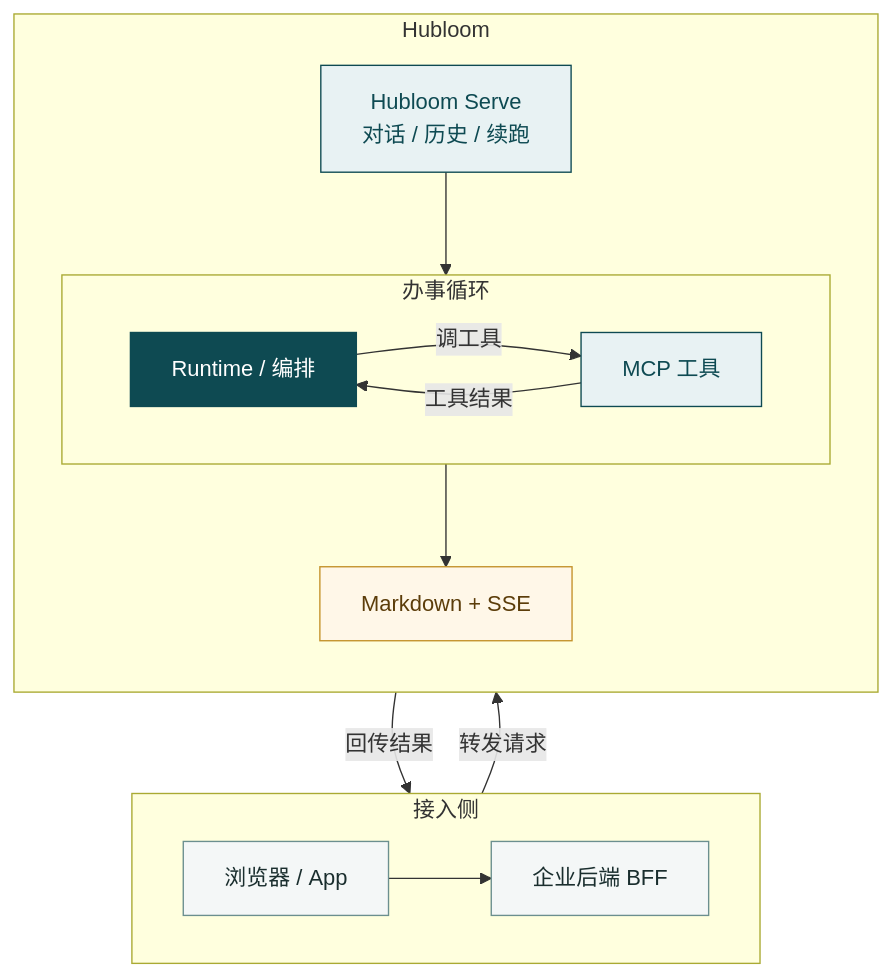
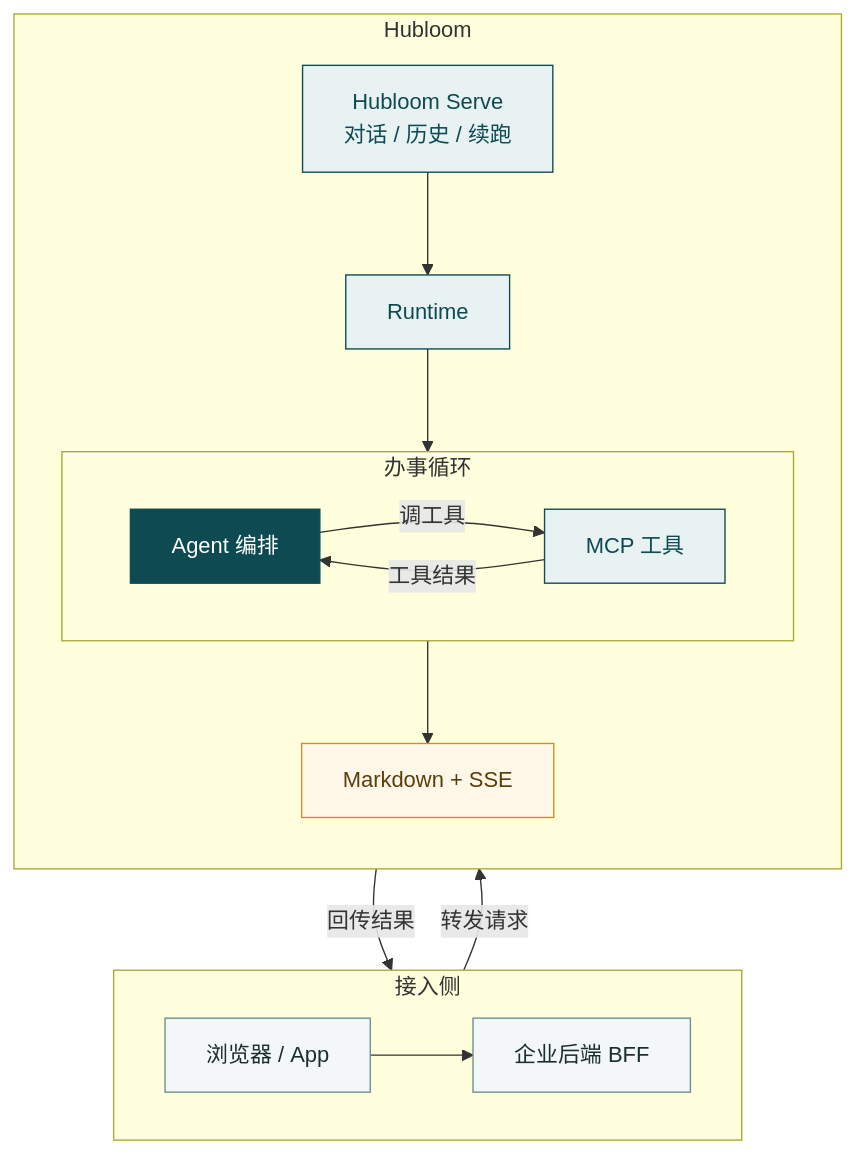
Before and after one commit to Zhong-y-j/Hubloom: the diagram in docs/core-concepts/architecture.md, drawn with Mermaid. The commit also changed other lines of this file and 7 other files, not shown here.

First line of the commit message:
完善核心概念：新增 Runtime / Agent，并收短 MCP 与 Skill。

````diff
--- a/docs/core-concepts/architecture.md
+++ b/docs/core-concepts/architecture.md
@@ -14,37 +14,39 @@
 ```mermaid
 flowchart TB
   subgraph access["接入侧"]
     direction LR
     U["浏览器 / App"]
     BFF["企业后端 BFF"]
     U --> BFF
   end
 
   subgraph hubloom["Hubloom"]
     direction TB
     SV["Hubloom Serve<br/>对话 / 历史 / 续跑"]
+    RT["Runtime"]
     subgraph cycle["办事循环"]
       direction LR
-      RT["Runtime / 编排"]
+      AG["Agent 编排"]
       MCP["MCP 工具"]
-      RT -->|"调工具"| MCP
-      MCP -->|"工具结果"| RT
+      AG -->|"调工具"| MCP
+      MCP -->|"工具结果"| AG
     end
     OUT["Markdown + SSE"]
     SV --> RT
-    RT --> OUT
+    RT --> AG
+    AG --> OUT
   end
 
   BFF -->|"转发请求"| SV
   OUT -->|"回传结果"| BFF
 
   classDef access fill:#f4f7f7,stroke:#6b8f8f,color:#1a2e2e
   classDef hub fill:#e8f2f3,stroke:#0e4a52,color:#0e4a52
   classDef core fill:#0e4a52,stroke:#0e4a52,color:#fff
   classDef out fill:#fff7e8,stroke:#c4922a,color:#5c3d0a
 
   class U,BFF access
-  class SV,MCP hub
-  class RT core
+  class SV,RT,MCP hub
+  class AG core
   class OUT out
 ```
````
